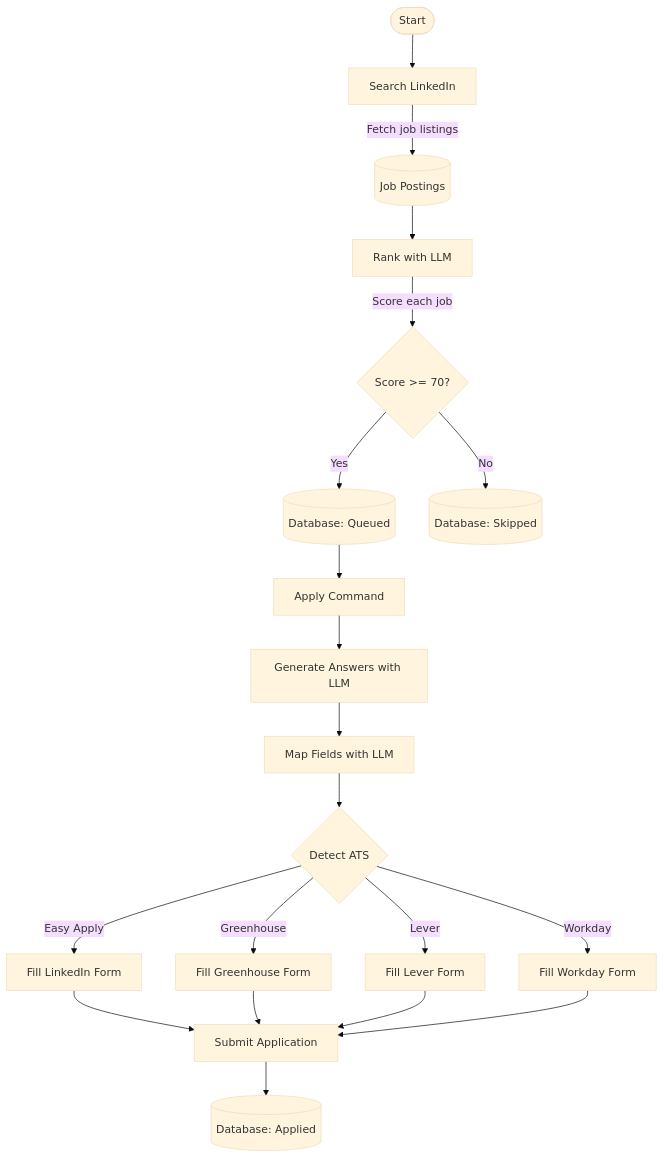
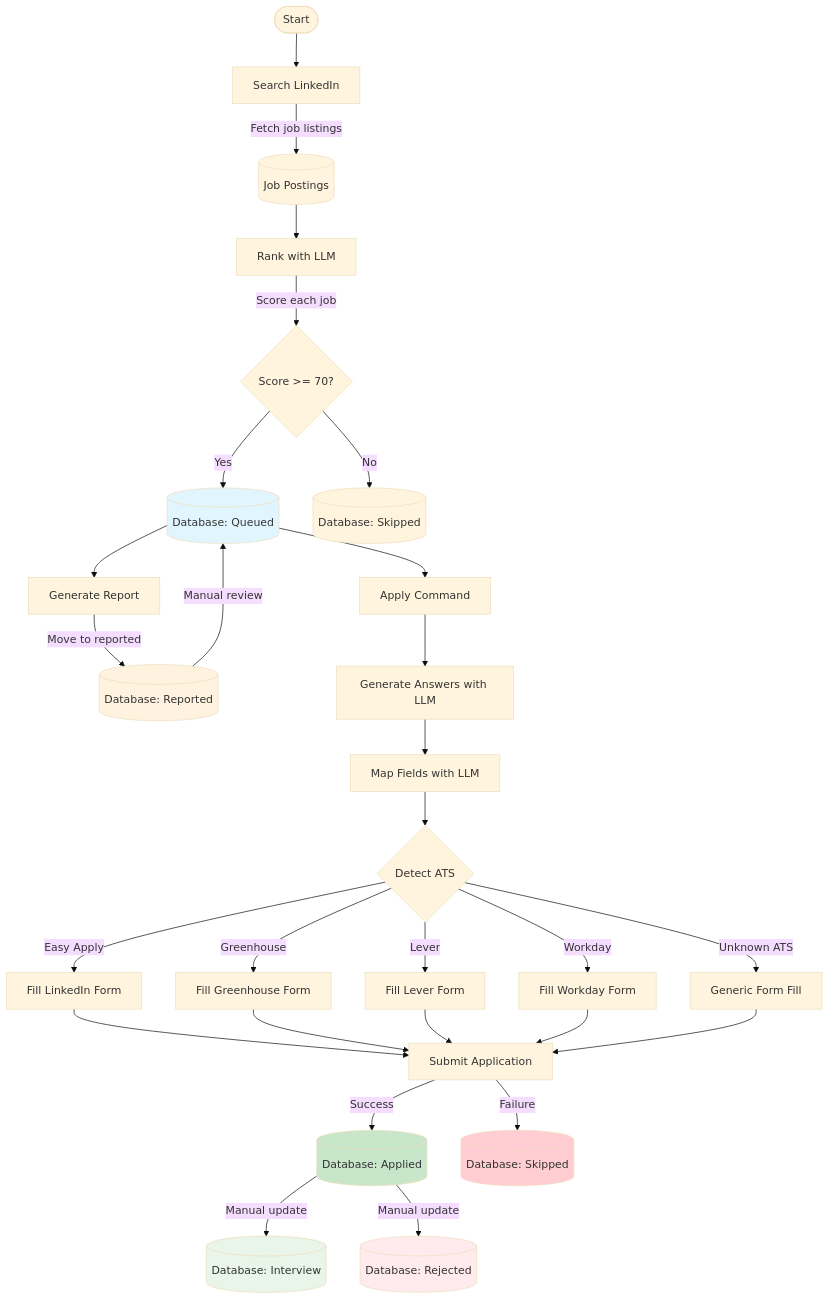
Before and after one commit to DebonairSM/job-apply: the diagram in README.md, drawn with Mermaid (base theme). The commit also changed other lines of this file and 8 other files, not shown here.

````diff
--- a/README.md
+++ b/README.md
@@ -164,22 +164,43 @@
 ```mermaid
 flowchart TB
     Start([Start]) --> Search[Search LinkedIn]
     Search --> |Fetch job listings| Jobs[(Job Postings)]
     Jobs --> Rank[Rank with LLM]
     Rank --> |Score each job| Score{Score >= 70?}
     Score -->|Yes| Queue[(Database: Queued)]
     Score -->|No| Skip[(Database: Skipped)]
+    
+    Queue --> Report[Generate Report]
+    Report --> |Move to reported| Reported[(Database: Reported)]
+    Reported --> |Manual review| Queue
+    
     Queue --> Apply[Apply Command]
     Apply --> Generate[Generate Answers with LLM]
     Generate --> Map[Map Fields with LLM]
     Map --> Detect{Detect ATS}
+    
     Detect -->|Easy Apply| EasyFill[Fill LinkedIn Form]
     Detect -->|Greenhouse| GHFill[Fill Greenhouse Form]
     Detect -->|Lever| LeverFill[Fill Lever Form]
     Detect -->|Workday| WorkdayFill[Fill Workday Form]
+    Detect -->|Unknown ATS| GenericFill[Generic Form Fill]
+    
     EasyFill --> Submit[Submit Application]
     GHFill --> Submit
     LeverFill --> Submit
     WorkdayFill --> Submit
-    Submit --> Done[(Database: Applied)]
+    GenericFill --> Submit
+    
+    Submit --> |Success| Applied[(Database: Applied)]
+    Submit --> |Failure| Skipped[(Database: Skipped)]
+    
+    Applied --> |Manual update| Interview[(Database: Interview)]
+    Applied --> |Manual update| Rejected[(Database: Rejected)]
+    
+    style Queue fill:#e1f5fe
+    style Applied fill:#c8e6c9
+    style Skipped fill:#ffcdd2
+    style Reported fill:#fff3e0
+    style Interview fill:#e8f5e8
+    style Rejected fill:#ffebee
 ```
````
